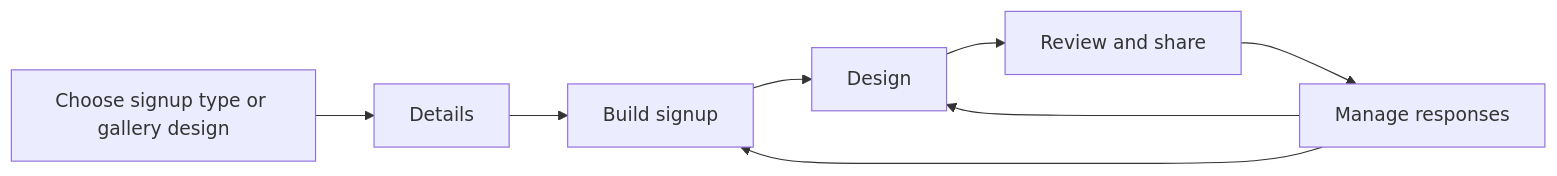
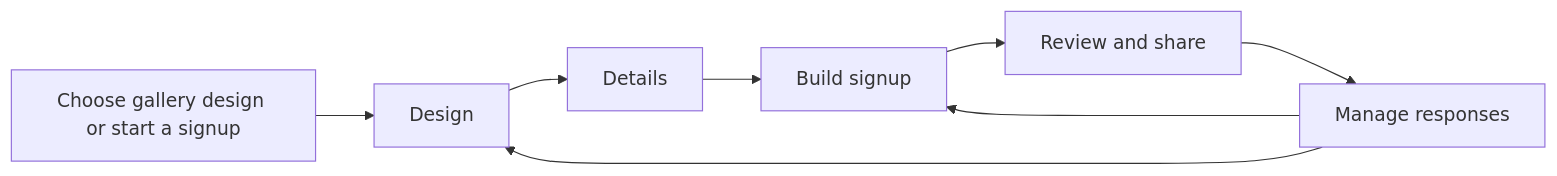
One commit to perevoscic/envitefy changed the diagram in docs/signup-forms-theming-workflow-plan.md. Above: the diagram before and after it, drawn with Mermaid. The commit also changed other lines of this file and 126 other files, not shown here.

````diff
--- a/docs/signup-forms-theming-workflow-plan.md
+++ b/docs/signup-forms-theming-workflow-plan.md
@@ -97,10 +119,10 @@
 ```mermaid
 flowchart LR
-  A[Choose signup type or gallery design] --> B[Details]
+  A[Choose gallery design or start a signup] --> D[Design]
+  D --> B[Details]
   B --> C[Build signup]
-  C --> D[Design]
-  D --> E[Review and share]
+  C --> E[Review and share]
   E --> F[Manage responses]
   F --> D
   F --> C
 ```
````
